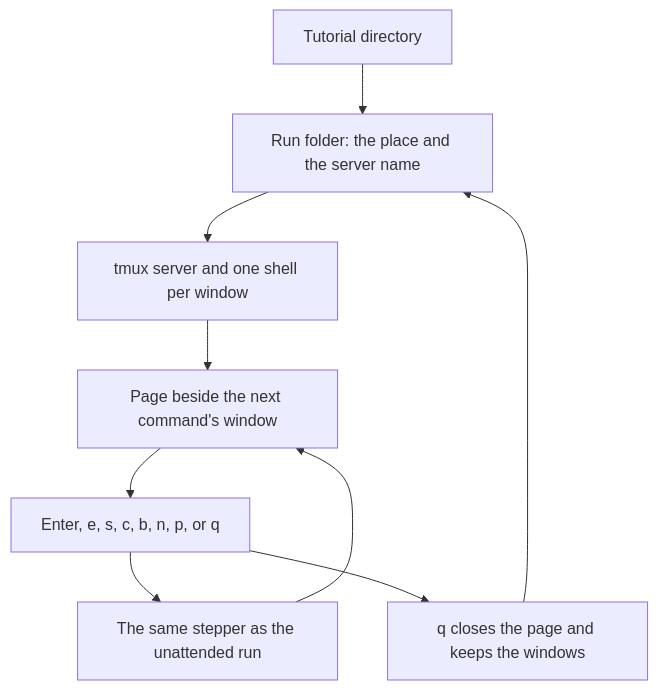
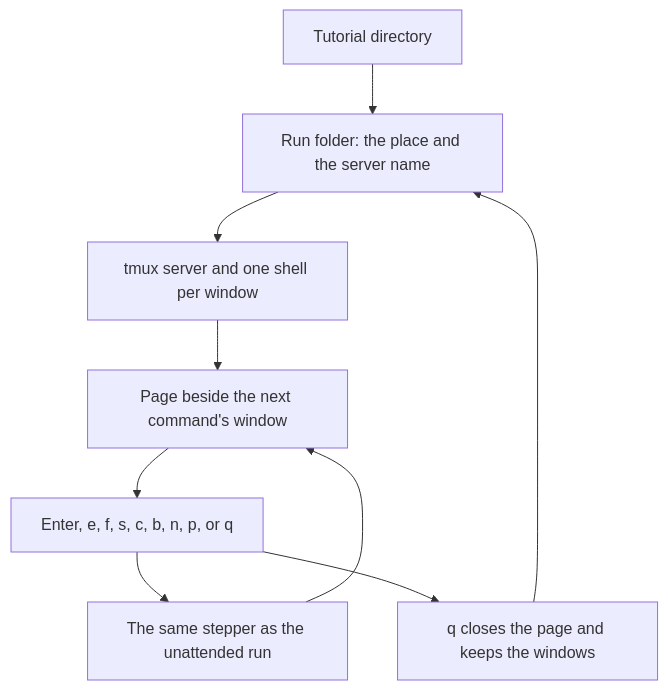
The first of 2 diagrams in docs/terminal.md (lambdasistemi/tutorial-stepper), drawn with Mermaid before and after one commit. The commit also changed other lines of this file and 7 other files, not shown here.

````diff
--- a/docs/terminal.md
+++ b/docs/terminal.md
@@ -9,18 +9,18 @@
 ```mermaid
 flowchart TD
   directory["Tutorial directory"]
   folder["Run folder: the place and the server name"]
   server["tmux server and one shell per window"]
   page["Page beside the next command's window"]
-  key["Enter, e, s, c, b, n, p, or q"]
+  key["Enter, e, f, s, c, b, n, p, or q"]
   stepper["The same stepper as the unattended run"]
   stay["q closes the page and keeps the windows"]
   directory --> folder
   folder --> server
   server --> page
   page --> key
   key --> stepper
   stepper --> page
   key --> stay
   stay --> folder
 ```
````
